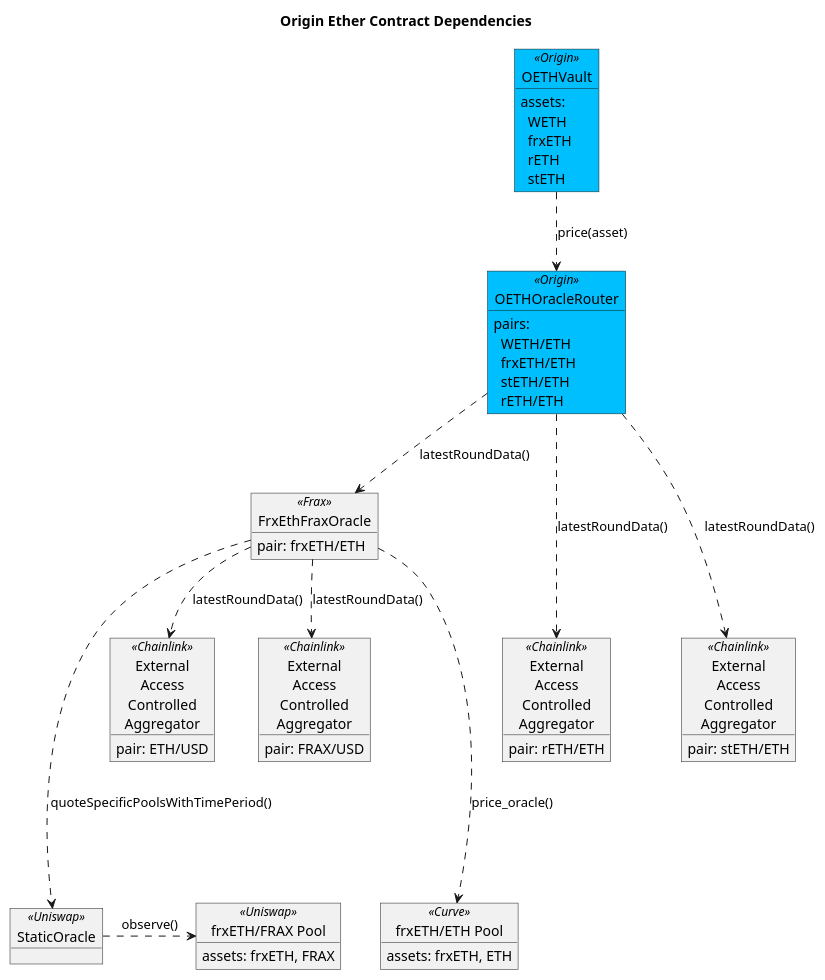
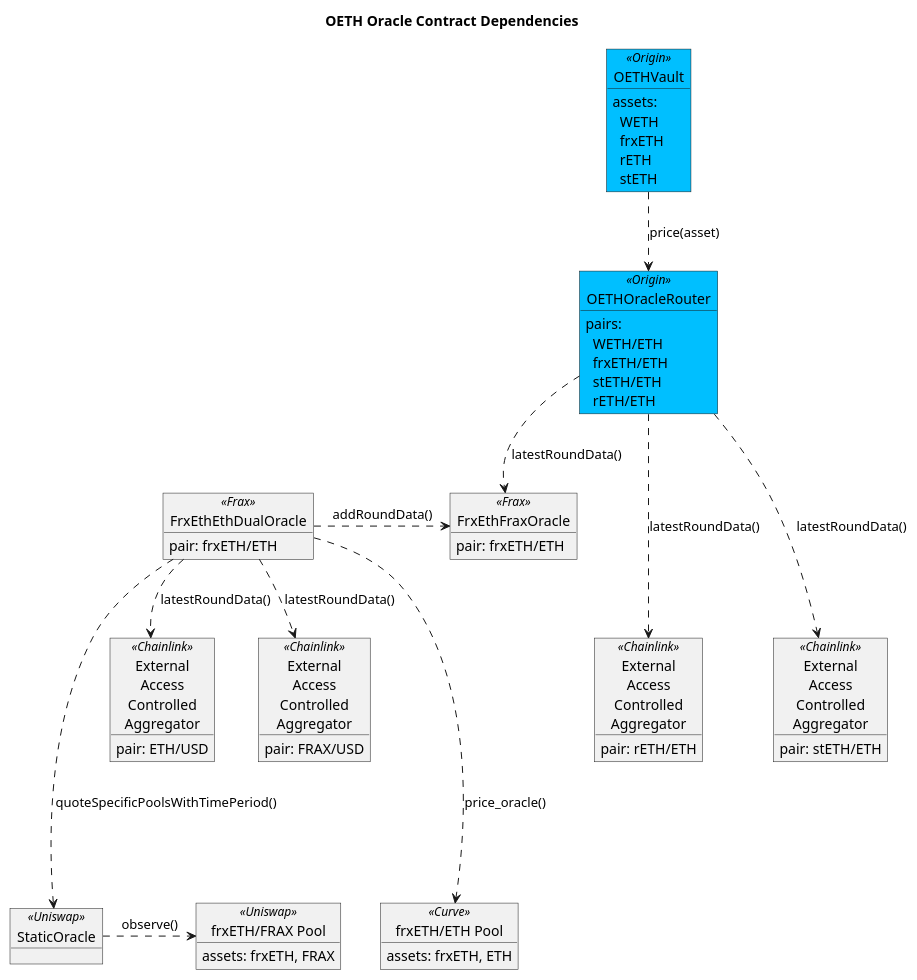
Before and after one commit to OriginProtocol/origin-dollar: the diagram in contracts/docs/plantuml/oethOracles.puml, drawn with PlantUML. The commit also changed 1 other file, not shown here.

Commit message:
Updated OETH Oracle contract diagram

```diff
--- a/contracts/docs/plantuml/oethOracles.puml
+++ b/contracts/docs/plantuml/oethOracles.puml
@@ -1,65 +1,70 @@
 @startuml
 
 skinparam tabSize 2
 
-title "Origin Ether Contract Dependencies"
+title "OETH Oracle Contract Dependencies"
 
 object "OETHVault" as vault <<Origin>> #DeepSkyBlue {
 assets:
     \tWETH
     \tfrxETH
     \trETH
     \tstETH
 }
 
 object "OETHOracleRouter" as router <<Origin>> #DeepSkyBlue {
 pairs:
     \tWETH/ETH
     \tfrxETH/ETH
     \tstETH/ETH
     \trETH/ETH
 }
 
 object "FrxEthFraxOracle" as fo <<Frax>> {
+pair: frxETH/ETH
+}
+
+object "FrxEthEthDualOracle" as fdo <<Frax>> {
 pair: frxETH/ETH
 }
 
 object "External\nAccess\nControlled\nAggregator" as clrETH <<Chainlink>> {
 pair: rETH/ETH
 }
 
 object "External\nAccess\nControlled\nAggregator" as clstETH <<Chainlink>> {
 pair: stETH/ETH
 }
 
 object "External\nAccess\nControlled\nAggregator" as cleth <<Chainlink>> {
 pair: ETH/USD
 }
 
 object "External\nAccess\nControlled\nAggregator" as clfrax <<Chainlink>> {
 pair: FRAX/USD
 }
 
 object "frxETH/ETH Pool" as cp <<Curve>> {
 assets: frxETH, ETH
 }
 
 object "StaticOracle" as uso <<Uniswap>> {
 }
 
 object "frxETH/FRAX Pool" as up <<Uniswap>> {
     assets: frxETH, FRAX
 }
 
 
 vault ..> router : price(asset)
 router ...> clrETH : latestRoundData()
 router ...> clstETH : latestRoundData()
 router ..> fo : latestRoundData()
-fo ....> cp : price_oracle()
-fo ....> uso : quoteSpecificPoolsWithTimePeriod()
+fdo .> fo : addRoundData()
+fdo ....> cp : price_oracle()
+fdo ....> uso : quoteSpecificPoolsWithTimePeriod()
 uso .> up : observe()
-fo ..> cleth : latestRoundData()
-fo ..> clfrax : latestRoundData()
+fdo ..> cleth : latestRoundData()
+fdo ..> clfrax : latestRoundData()
 
 @enduml
```
